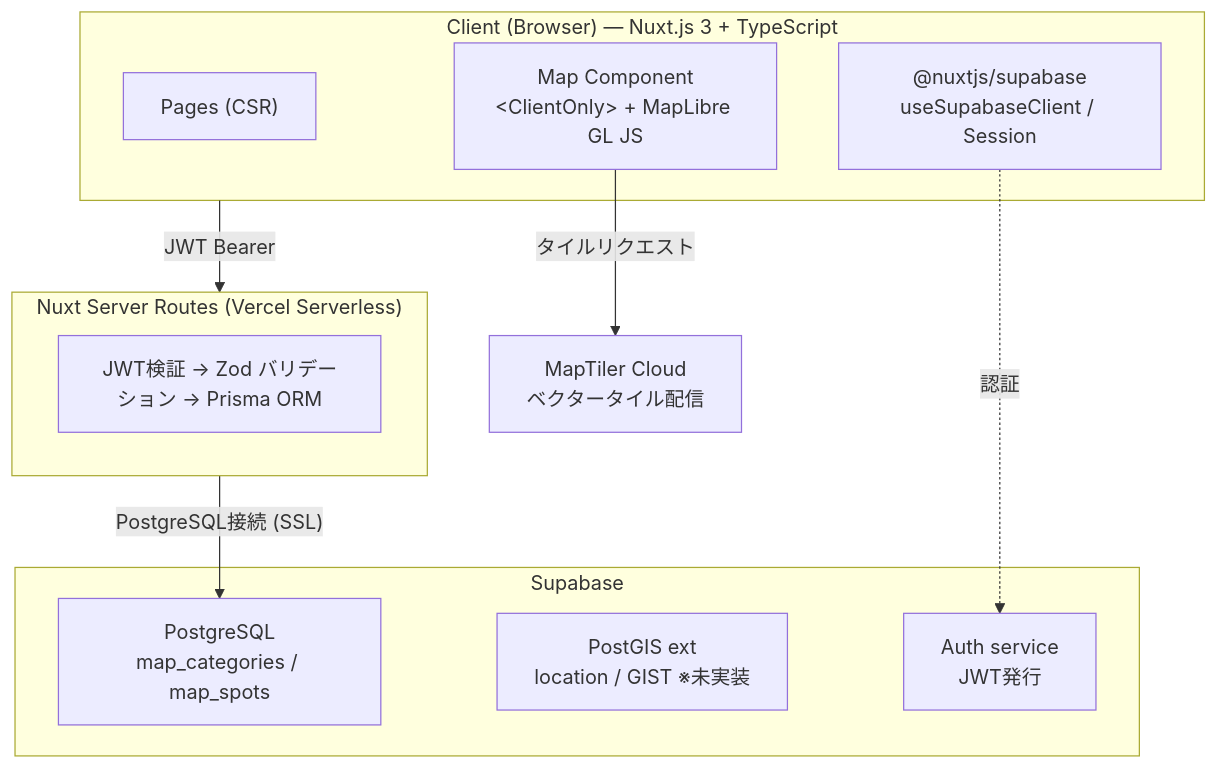
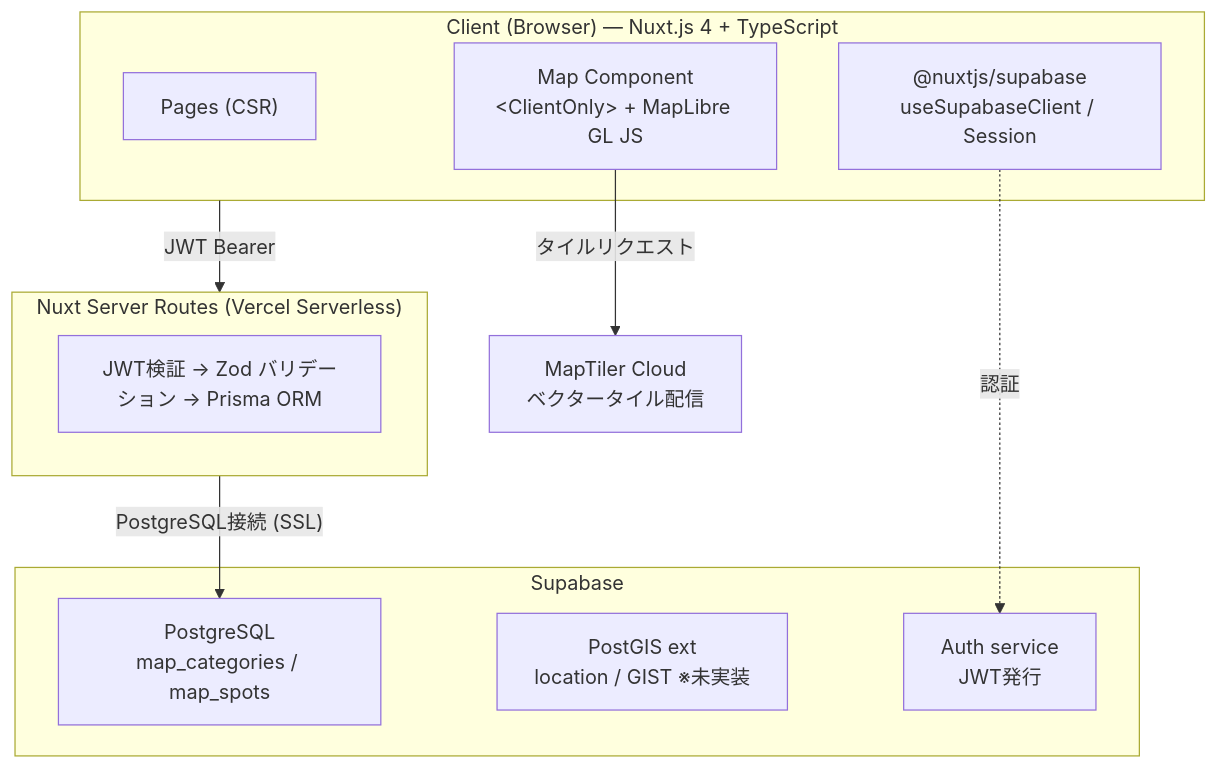
Before and after one commit to kojikawazu/stamped-map-web-app: the diagram in docs/09-architecture-specification.md, drawn with Mermaid. The commit also changed other lines of this file and 19 other files, not shown here.

````diff
--- a/docs/09-architecture-specification.md
+++ b/docs/09-architecture-specification.md
@@ -24,25 +24,25 @@
 ```mermaid
 flowchart TD
-    subgraph Client["Client (Browser) — Nuxt.js 3 + TypeScript"]
+    subgraph Client["Client (Browser) — Nuxt.js 4 + TypeScript"]
         Pages["Pages (CSR)"]
         Map["Map Component<br/>&lt;ClientOnly&gt; + MapLibre GL JS"]
         Auth["@nuxtjs/supabase<br/>useSupabaseClient / Session"]
     end
 
     subgraph Server["Nuxt Server Routes (Vercel Serverless)"]
         Handler["JWT検証 → Zod バリデーション → Prisma ORM"]
     end
 
     Tiles["MapTiler Cloud<br/>ベクタータイル配信"]
 
     subgraph Supabase["Supabase"]
         PG["PostgreSQL<br/>map_categories / map_spots"]
         PostGIS["PostGIS ext<br/>location / GIST ※未実装"]
         AuthSvc["Auth service<br/>JWT発行"]
     end
 
     Client -- "JWT Bearer" --> Server
     Map -- "タイルリクエスト" --> Tiles
     Auth -. "認証" .-> AuthSvc
     Server -- "PostgreSQL接続 (SSL)" --> PG
 ```
````
